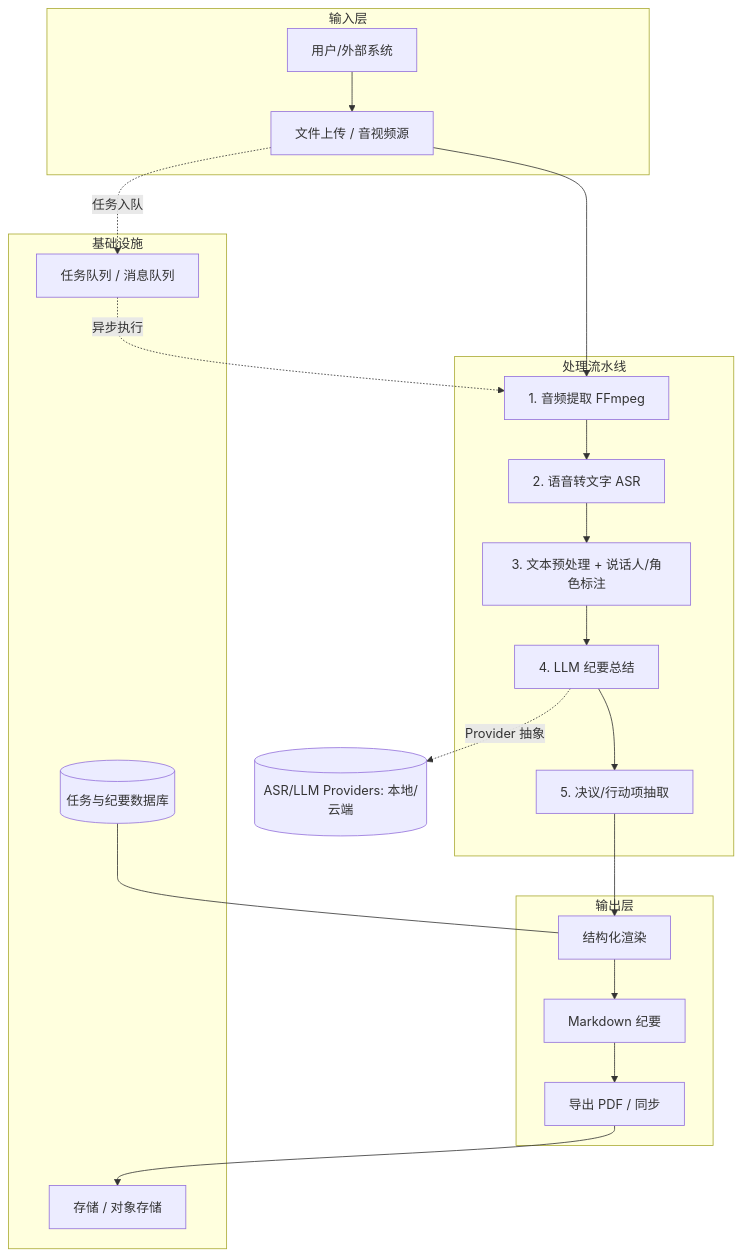
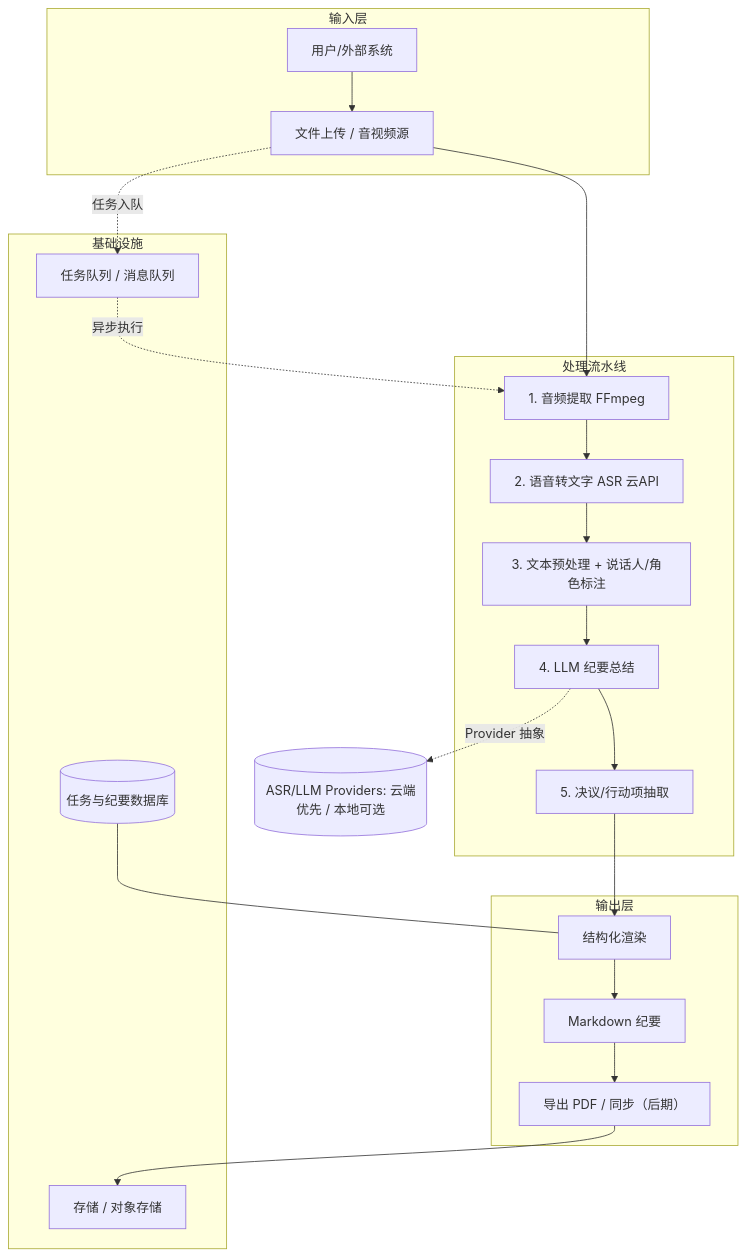
The diagram in docs/tech-stack.md (Lancer-Go/Meeting-Minutes-Assistant), drawn with Mermaid before and after one commit. The commit also changed other lines of this file and 2 other files, not shown here.

````diff
--- a/docs/tech-stack.md
+++ b/docs/tech-stack.md
@@ -150,28 +151,28 @@
 ```mermaid
 flowchart TB
     subgraph 输入层
         U[用户/外部系统] --> Upload[文件上传 / 音视频源]
     end
     subgraph 处理流水线
         Upload --> Audio[1. 音频提取 FFmpeg]
-        Audio --> ASR[2. 语音转文字 ASR]
+        Audio --> ASR[2. 语音转文字 ASR 云API]
         ASR --> Preprocess[3. 文本预处理 + 说话人/角色标注]
         Preprocess --> LLM[4. LLM 纪要总结]
         LLM --> Extract[5. 决议/行动项抽取]
     end
     subgraph 输出层
         Extract --> Render[结构化渲染]
         Render --> MD[Markdown 纪要]
-        MD --> Export[导出 PDF / 同步]
+        MD --> Export[导出 PDF / 同步（后期）]
     end
     subgraph 基础设施
         SVC[存储 / 对象存储]
         DB[(任务与纪要数据库)]
         QUEUE[任务队列 / 消息队列]
     end
     Upload -.任务入队.-> QUEUE
     QUEUE -.异步执行.-> Audio
     Export --> SVC
     DB --- Render
-    LLM -.Provider 抽象.-> Provider[(ASR/LLM Providers: 本地/云端)]
+    LLM -.Provider 抽象.-> Provider[(ASR/LLM Providers: 云端优先 / 本地可选)]
 ```
````
